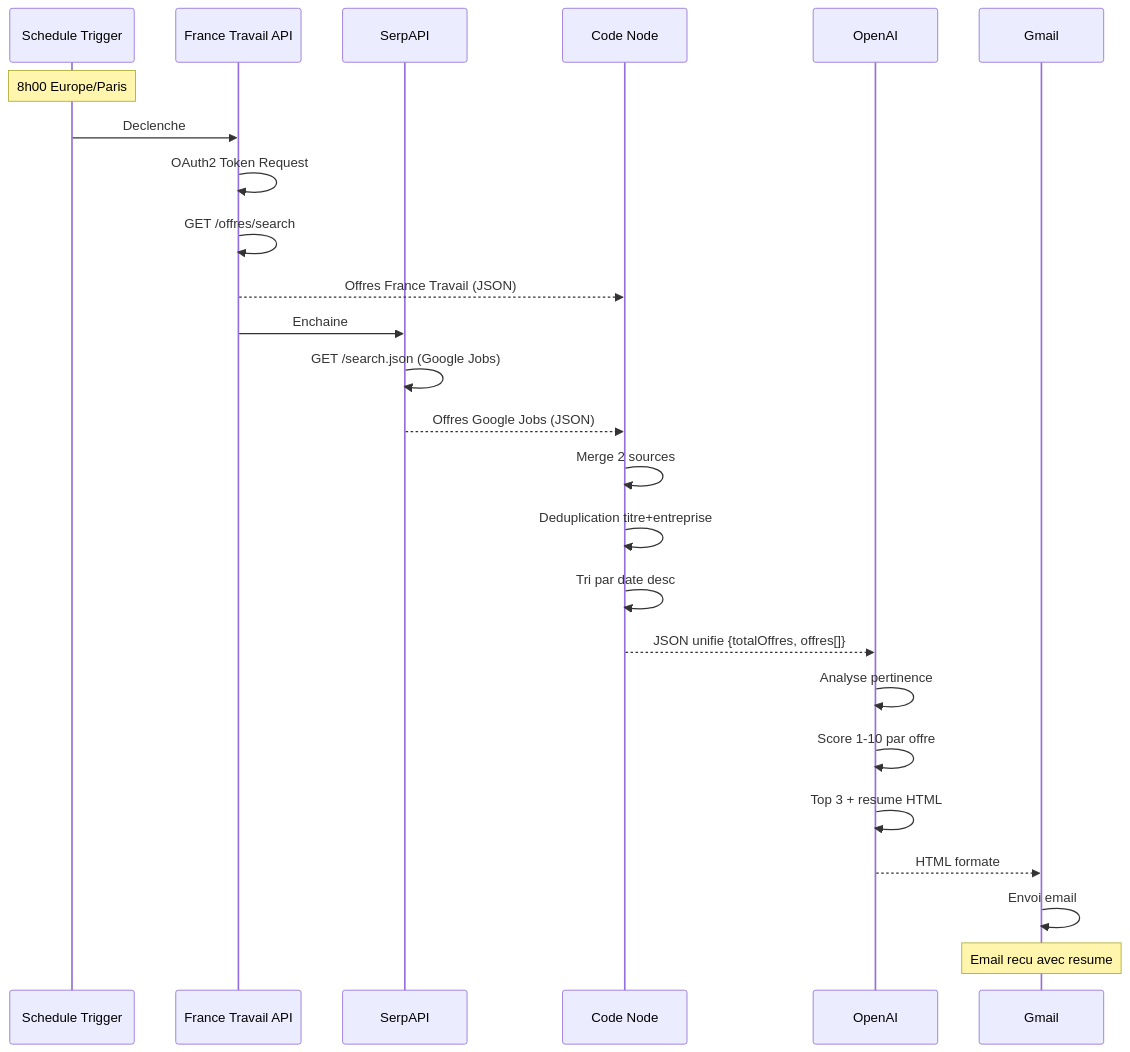
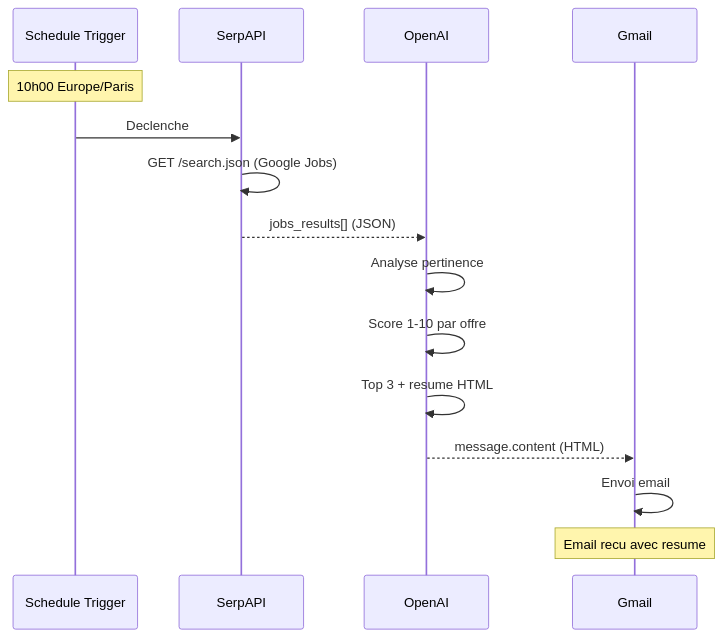
One commit to Paul-Antoine/job-scraper changed the second of 2 diagrams in WORKFLOW-DOC.md. Above: the diagram before and after it, drawn with Mermaid. The commit also changed other lines of this file and 2 other files, not shown here.

````diff
--- a/WORKFLOW-DOC.md
+++ b/WORKFLOW-DOC.md
@@ -75,32 +63,20 @@
 ```mermaid
 sequenceDiagram
     participant S as Schedule Trigger
-    participant FT as France Travail API
     participant SP as SerpAPI
-    participant C as Code Node
     participant AI as OpenAI
     participant G as Gmail
 
-    Note over S: 8h00 Europe/Paris
-    S->>FT: Declenche
-    FT->>FT: OAuth2 Token Request
-    FT->>FT: GET /offres/search
-    FT-->>C: Offres France Travail (JSON)
-
-    FT->>SP: Enchaine
+    Note over S: 10h00 Europe/Paris
+    S->>SP: Declenche
     SP->>SP: GET /search.json (Google Jobs)
-    SP-->>C: Offres Google Jobs (JSON)
-
-    C->>C: Merge 2 sources
-    C->>C: Deduplication titre+entreprise
-    C->>C: Tri par date desc
-    C-->>AI: JSON unifie {totalOffres, offres[]}
+    SP-->>AI: jobs_results[] (JSON)
 
     AI->>AI: Analyse pertinence
     AI->>AI: Score 1-10 par offre
     AI->>AI: Top 3 + resume HTML
-    AI-->>G: HTML formate
+    AI-->>G: message.content (HTML)
 
     G->>G: Envoi email
     Note over G: Email recu avec resume
 ```
````
